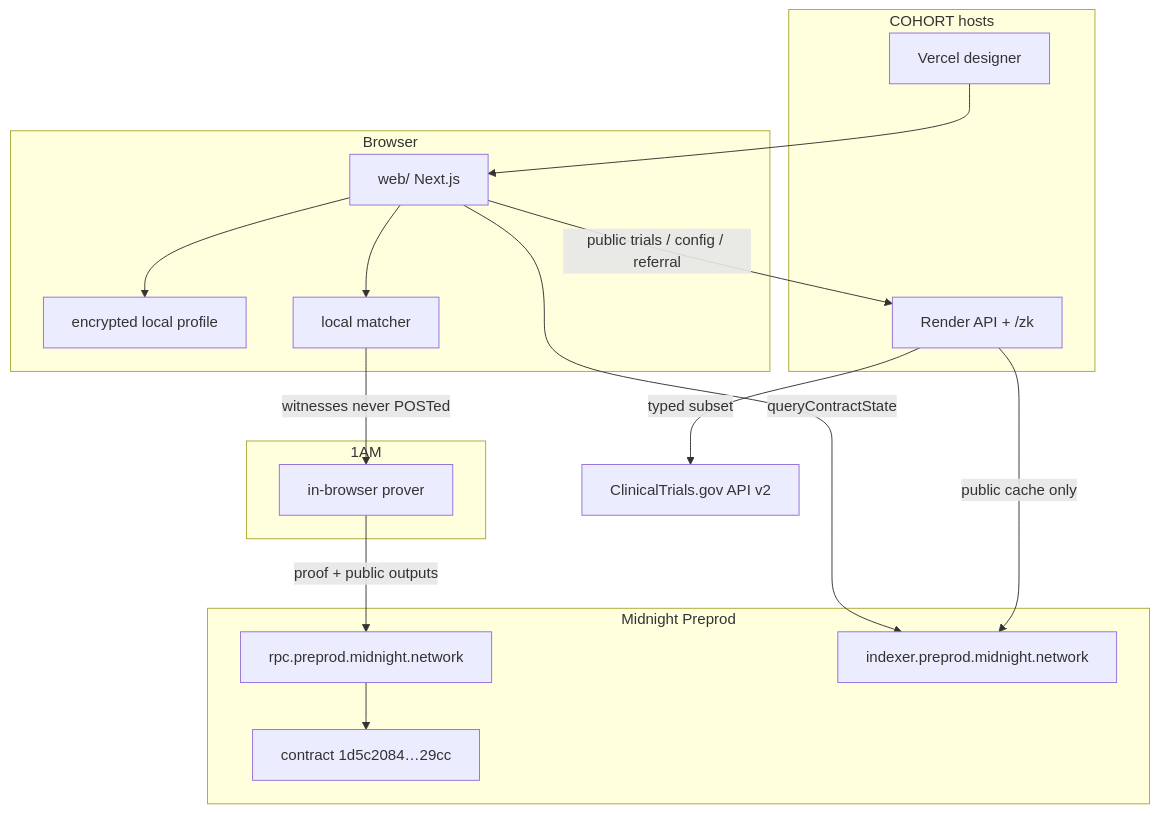
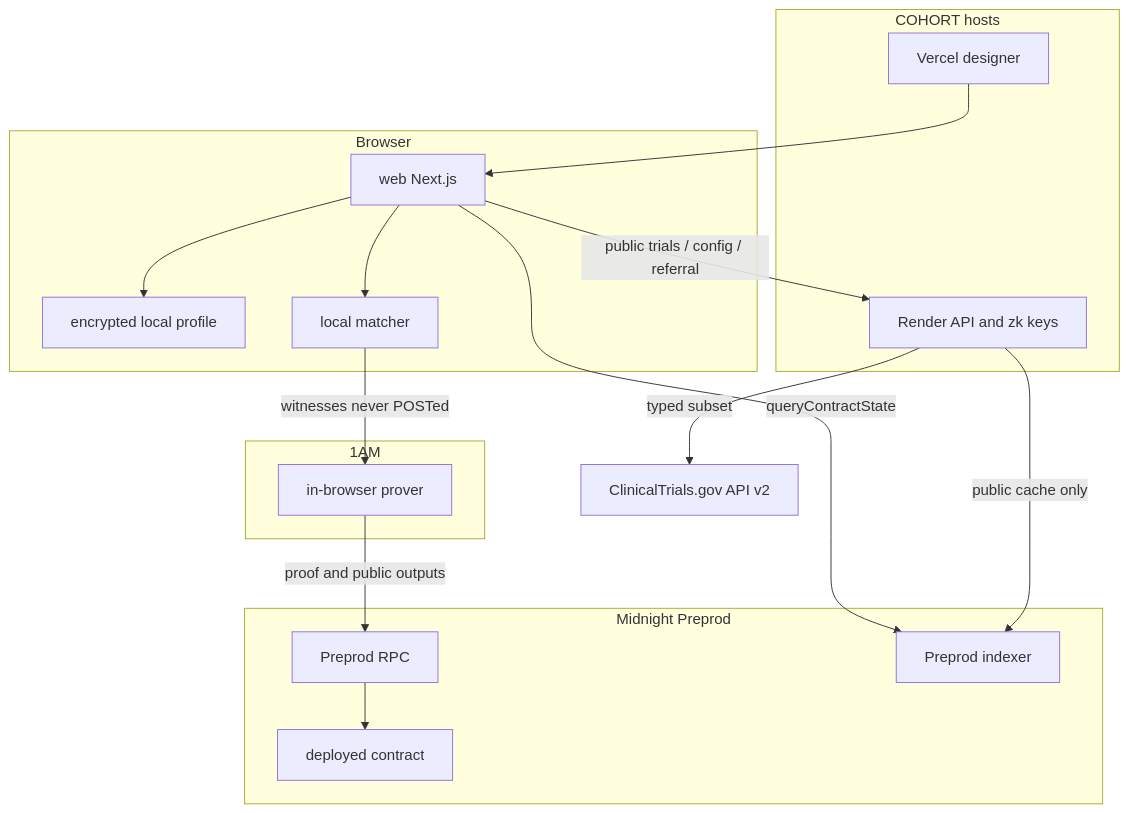
Before and after one commit to Mr-Ben-dev/COHORT: the third of 7 diagrams in README.md, drawn with Mermaid. The commit also changed other lines of this file and 7 other files, not shown here.

Commit message:
Ship Apache-2.0, GitHub-safe Mermaid, and drop FINAL_SETUP.md from the public tree.

````diff
--- a/README.md
+++ b/README.md
@@ -205,31 +205,31 @@
 ```mermaid
 flowchart TB
-  subgraph browser [Browser]
-    UI[web/ Next.js]
-    Vault[encrypted local profile]
-    Match[local matcher]
+  subgraph browser["Browser"]
+    UI["web Next.js"]
+    Vault["encrypted local profile"]
+    Match["local matcher"]
     UI --> Vault
     UI --> Match
   end
-  subgraph wallet [1AM]
-    WASM[in-browser prover]
+  subgraph wallet["1AM"]
+    WASM["in-browser prover"]
   end
-  subgraph hosts [COHORT hosts]
-    API[Render API + /zk]
-    Vercel[Vercel designer]
+  subgraph hosts["COHORT hosts"]
+    API["Render API and zk keys"]
+    Vercel["Vercel designer"]
   end
-  subgraph midnight [Midnight Preprod]
-    Node[rpc.preprod.midnight.network]
-    Idx[indexer.preprod.midnight.network]
-    C[contract 1d5c2084…29cc]
+  subgraph midnight["Midnight Preprod"]
+    Node["Preprod RPC"]
+    Idx["Preprod indexer"]
+    C["deployed contract"]
   end
-  CT[ClinicalTrials.gov API v2]
+  CT["ClinicalTrials.gov API v2"]
   Vercel --> UI
-  UI -->|public trials / config / referral| API
-  API -->|typed subset| CT
-  Match -->|witnesses never POSTed| WASM
-  WASM -->|proof + public outputs| Node
+  UI -->|"public trials / config / referral"| API
+  API -->|"typed subset"| CT
+  Match -->|"witnesses never POSTed"| WASM
+  WASM -->|"proof and public outputs"| Node
   Node --> C
-  UI -->|queryContractState| Idx
-  API -->|public cache only| Idx
+  UI -->|"queryContractState"| Idx
+  API -->|"public cache only"| Idx
 ```
````
